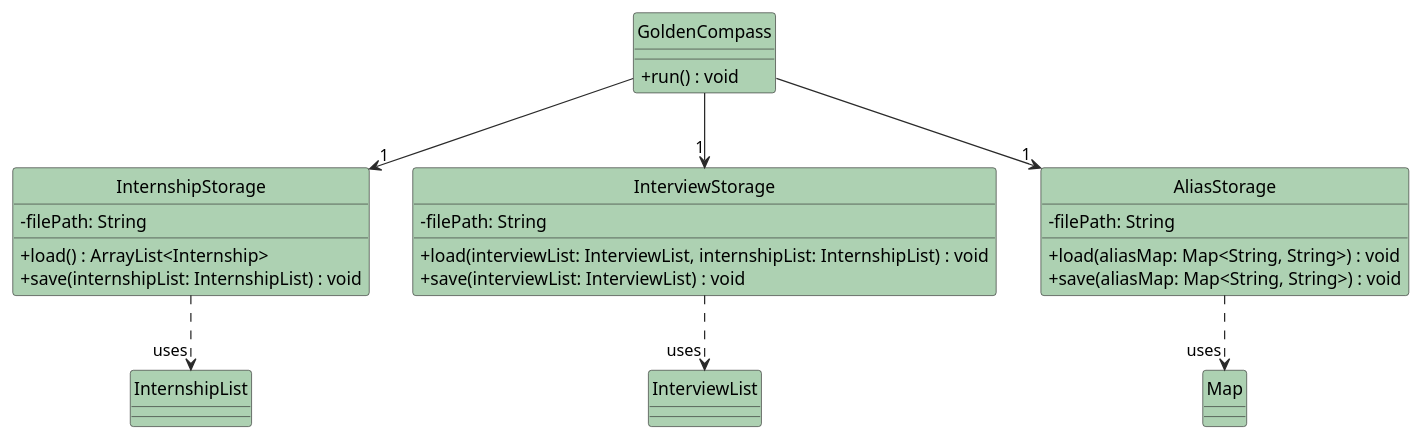
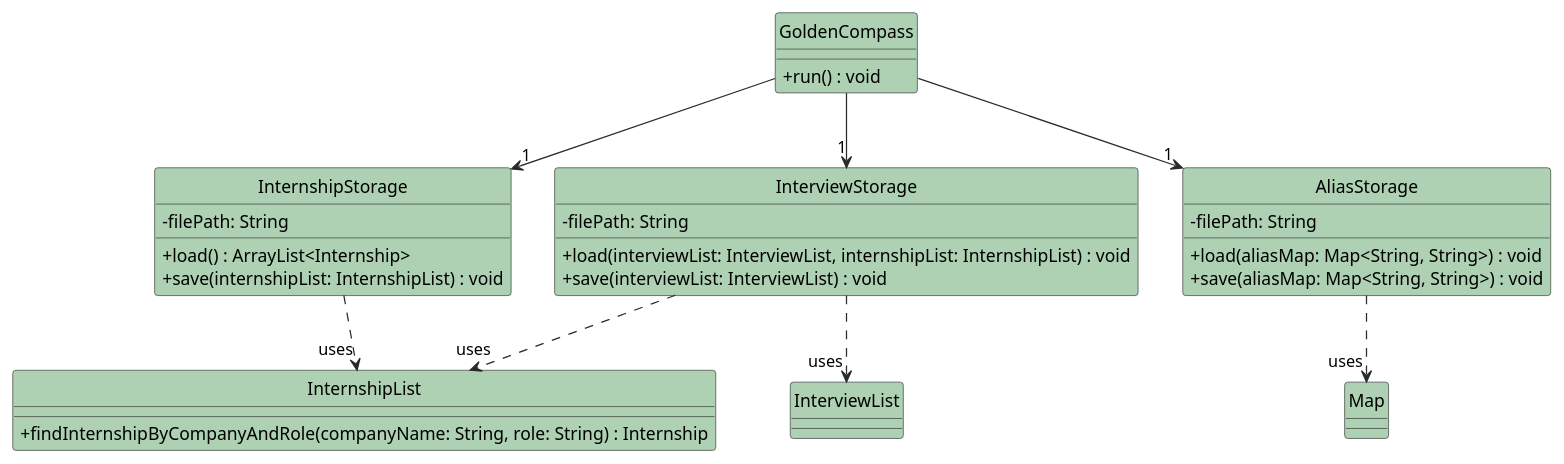
One commit to the-RoaringCat/tp changed the diagram in docs/diagrams/StorageClassDiagram.puml. Above: the diagram before and after it, drawn with PlantUML. The commit also changed 5 other files, not shown here.

```diff
--- a/docs/diagrams/StorageClassDiagram.puml
+++ b/docs/diagrams/StorageClassDiagram.puml
@@ -1,39 +1,44 @@
 @startuml
 hide circle
 skinparam classAttributeIconSize 0
 skinparam class {
     BackgroundColor #ADD1B2
     ArrowColor #2A2A2A
     BorderColor #2A2A2A
 }
 
 class GoldenCompass {
   + run() : void
 }
 
 class InternshipStorage {
   - filePath: String
   + load() : ArrayList<Internship>
   + save(internshipList: InternshipList) : void
 }
 
 class InterviewStorage {
   - filePath: String
   + load(interviewList: InterviewList, internshipList: InternshipList) : void
   + save(interviewList: InterviewList) : void
 }
 
 class AliasStorage {
   - filePath: String
   + load(aliasMap: Map<String, String>) : void
   + save(aliasMap: Map<String, String>) : void
 }
 
+class InternshipList {
+  + findInternshipByCompanyAndRole(companyName: String, role: String) : Internship
+}
+
 GoldenCompass --> "1" InternshipStorage
 GoldenCompass --> "1" InterviewStorage
 GoldenCompass --> "1" AliasStorage
 
 InternshipStorage ..> "uses" InternshipList
+InterviewStorage ..> "uses" InternshipList
 InterviewStorage ..> "uses" InterviewList
 AliasStorage ..> "uses" Map
 @enduml
```
